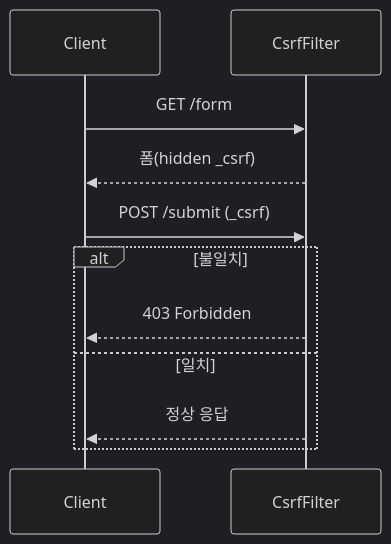
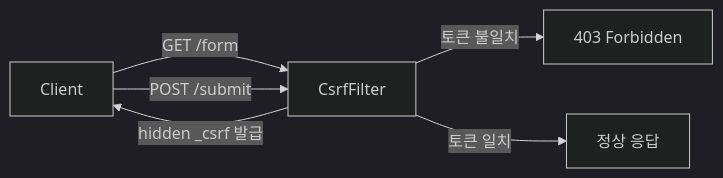
The fifth of 5 diagrams in _posts/spring/2026-05-01-spring-security-architecture.md (yjkim2015/yjkim2015.github.io), drawn with Mermaid (dark theme) before and after one commit. The commit also changed 163 other files, not shown here.

First line of the commit message:
Mermaid 300개 블록 내용 축소: 5노드 5엣지 이하, 의미 있는 약어

````diff
--- a/_posts/spring/2026-05-01-spring-security-architecture.md
+++ b/_posts/spring/2026-05-01-spring-security-architecture.md
@@ -235,13 +235,8 @@
 ```mermaid
-sequenceDiagram
-    participant C as Client
-    participant CF as CsrfFilter
-    C->>CF: GET /form
-    CF-->>C: 폼(hidden _csrf)
-    C->>CF: POST /submit (_csrf)
-    alt 불일치
-        CF-->>C: 403 Forbidden
-    else 일치
-        CF-->>C: 정상 응답
-    end
+graph LR
+    C["Client"] -->|GET /form| CF["CsrfFilter"]
+    CF -->|hidden _csrf 발급| C
+    C -->|POST /submit| CF
+    CF -->|토큰 불일치| F["403 Forbidden"]
+    CF -->|토큰 일치| OK["정상 응답"]
 ```
````
